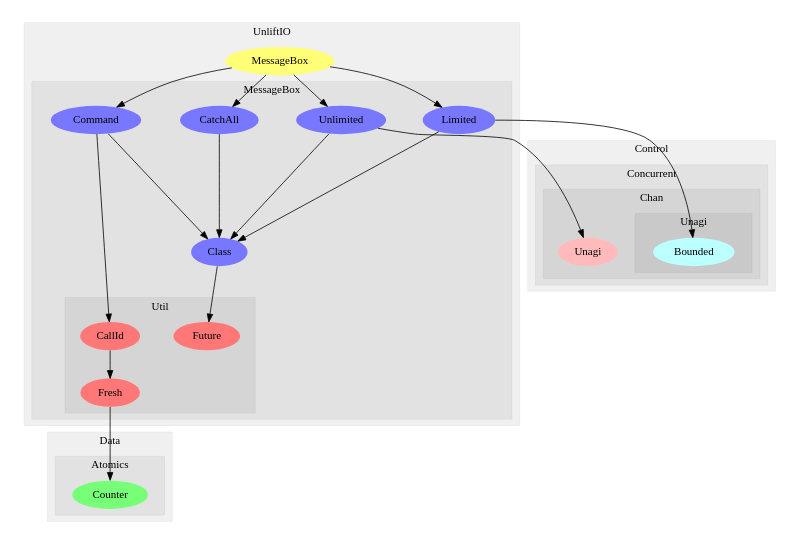
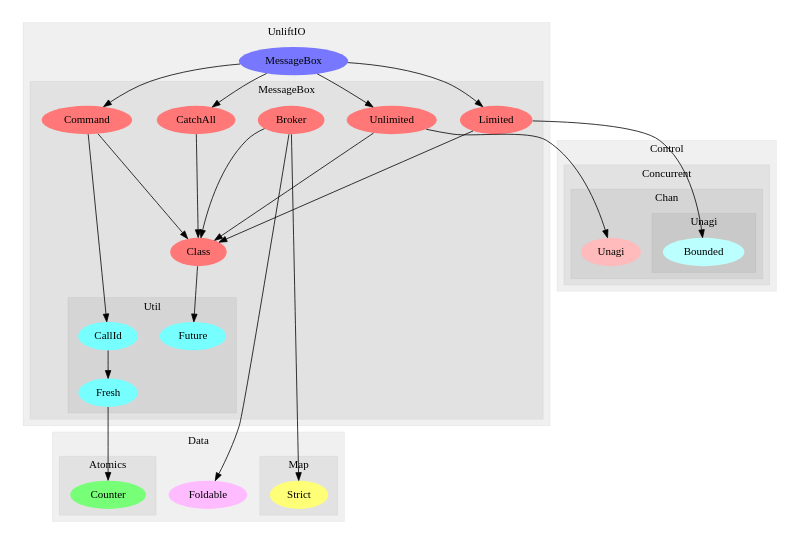
The diagram in generated-reports/module-graph/module-graph.dot (sheyll/unliftio-messagebox), drawn with Graphviz before and after one commit. The commit also changed 84 other files, not shown here.

```diff
--- a/generated-reports/module-graph/module-graph.dot
+++ b/generated-reports/module-graph/module-graph.dot
@@ -1,85 +1,97 @@
 digraph G {
 size="6,4";
 ratio="fill";
 subgraph cluster_0 {
 label="Control";
 color="#0000000F";
 style="filled";
 subgraph cluster_1 {
 label="Concurrent";
 color="#0000000F";
 style="filled";
 subgraph cluster_2 {
 label="Chan";
 color="#0000000F";
 style="filled";
 u11[label="Unagi",style="filled",fillcolor="#ffbbbb",penwidth="0"];
 subgraph cluster_3 {
 label="Unagi";
 color="#0000000F";
 style="filled";
 u9[label="Bounded",style="filled",fillcolor="#bbffff",penwidth="0"];
 
 }
 
 }
 
 }
 
 }
 subgraph cluster_4 {
 label="Data";
 color="#0000000F";
 style="filled";
+u13[label="Foldable",style="filled",fillcolor="#ffbbff",penwidth="0"];
 subgraph cluster_5 {
 label="Atomics";
 color="#0000000F";
 style="filled";
 u7[label="Counter",style="filled",fillcolor="#77ff77",penwidth="0"];
 
 }
+subgraph cluster_6 {
+label="Map";
+color="#0000000F";
+style="filled";
+u14[label="Strict",style="filled",fillcolor="#ffff77",penwidth="0"];
 
 }
-subgraph cluster_6 {
+
+}
+subgraph cluster_7 {
 label="UnliftIO";
 color="#0000000F";
 style="filled";
-u0[label="MessageBox",style="filled",fillcolor="#ffff77",penwidth="0"];
-subgraph cluster_7 {
+u0[label="MessageBox",style="filled",fillcolor="#7777ff",penwidth="0"];
+subgraph cluster_8 {
 label="MessageBox";
 color="#0000000F";
 style="filled";
-u10[label="Unlimited",style="filled",fillcolor="#7777ff",penwidth="0"];
-u8[label="Limited",style="filled",fillcolor="#7777ff",penwidth="0"];
-u4[label="Command",style="filled",fillcolor="#7777ff",penwidth="0"];
-u3[label="Class",style="filled",fillcolor="#7777ff",penwidth="0"];
-u1[label="CatchAll",style="filled",fillcolor="#7777ff",penwidth="0"];
-subgraph cluster_8 {
+u12[label="Broker",style="filled",fillcolor="#ff7777",penwidth="0"];
+u10[label="Unlimited",style="filled",fillcolor="#ff7777",penwidth="0"];
+u8[label="Limited",style="filled",fillcolor="#ff7777",penwidth="0"];
+u4[label="Command",style="filled",fillcolor="#ff7777",penwidth="0"];
+u3[label="Class",style="filled",fillcolor="#ff7777",penwidth="0"];
+u1[label="CatchAll",style="filled",fillcolor="#ff7777",penwidth="0"];
+subgraph cluster_9 {
 label="Util";
 color="#0000000F";
 style="filled";
-u6[label="Fresh",style="filled",fillcolor="#ff7777",penwidth="0"];
-u5[label="CallId",style="filled",fillcolor="#ff7777",penwidth="0"];
-u2[label="Future",style="filled",fillcolor="#ff7777",penwidth="0"];
+u6[label="Fresh",style="filled",fillcolor="#77ffff",penwidth="0"];
+u5[label="CallId",style="filled",fillcolor="#77ffff",penwidth="0"];
+u2[label="Future",style="filled",fillcolor="#77ffff",penwidth="0"];
 
 }
 
 }
 
 }
 u0 -> u1;
 u0 -> u4;
 u0 -> u8;
 u0 -> u10;
 u1 -> u3;
 u3 -> u2;
 u4 -> u3;
 u4 -> u5;
 u5 -> u6;
 u6 -> u7;
 u8 -> u3;
 u8 -> u9;
 u10 -> u3;
 u10 -> u11;
+u12 -> u3;
+u12 -> u13;
+u12 -> u14;
 
 }
```
